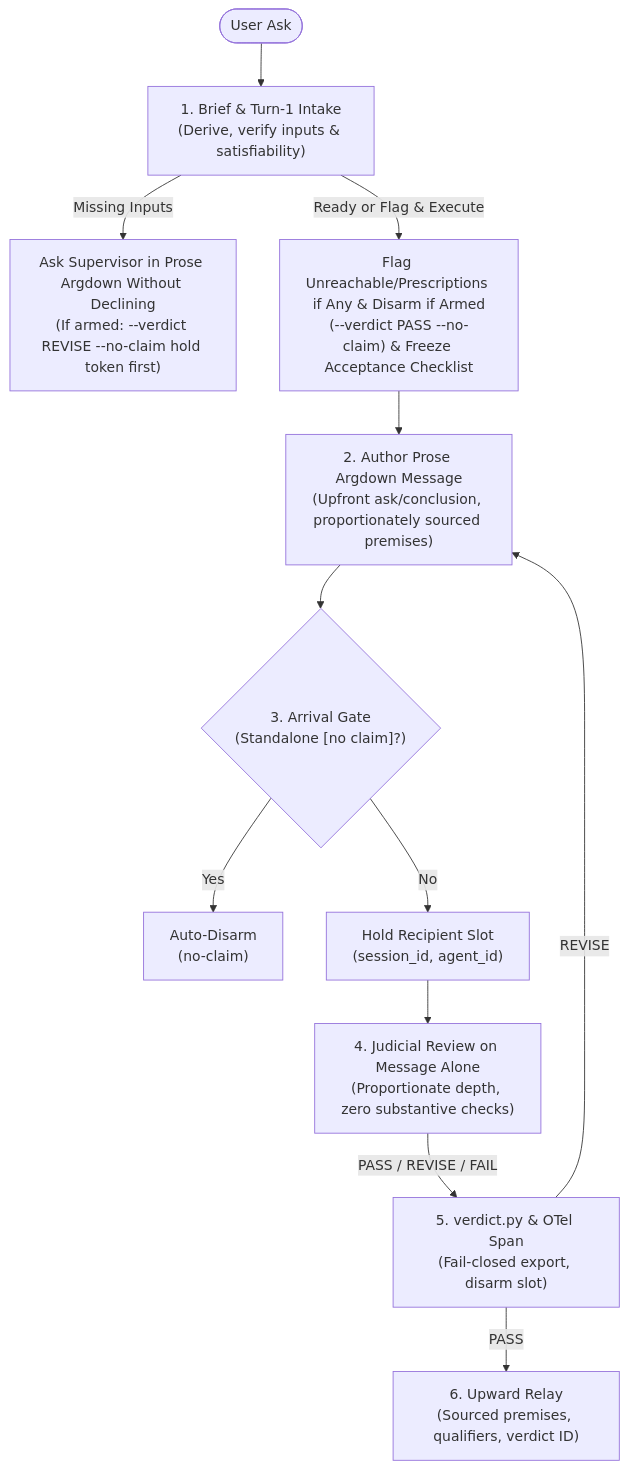
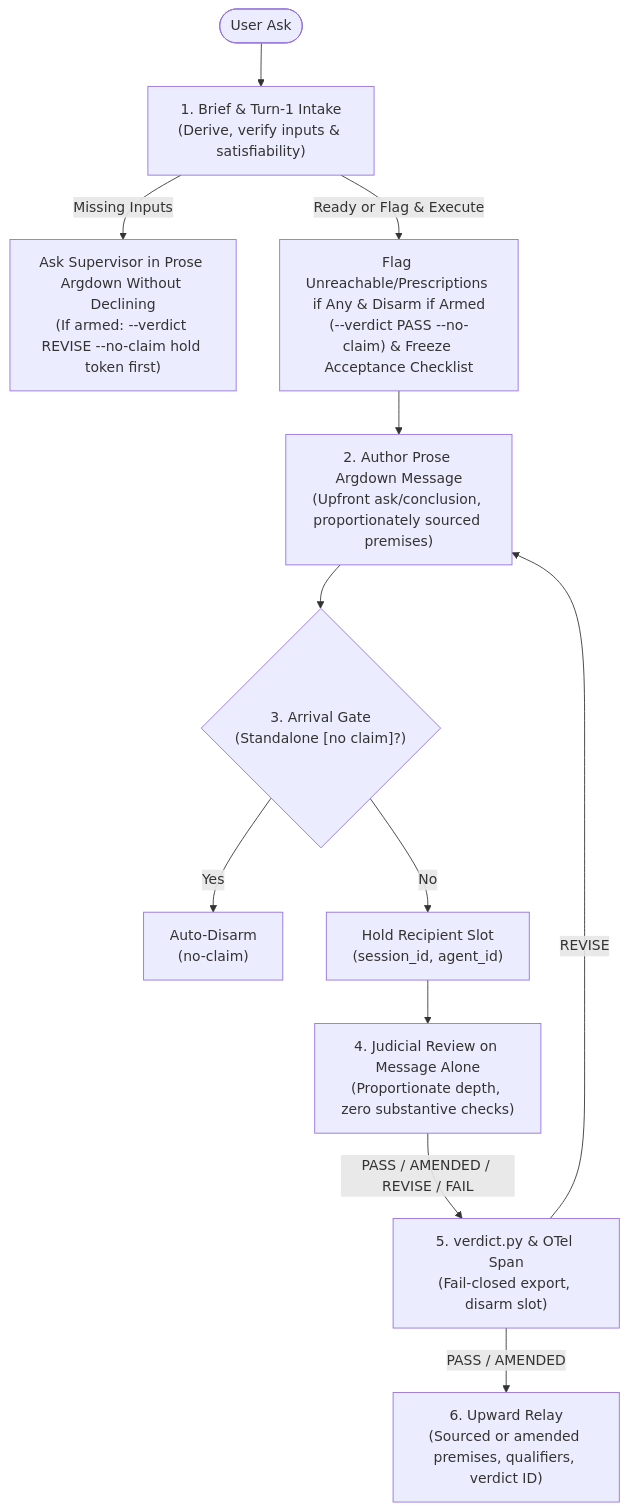
Before and after one commit to nicsuzor/academicOps: the diagram in specs/enforcement/evidence-contract.md, drawn with Mermaid. The commit also changed other lines of this file and 28 other files, not shown here.

First line of the commit message:
feat(premise-check,review): add AMENDED verifier status and review fix-in-place rule

````diff
--- a/specs/enforcement/evidence-contract.md
+++ b/specs/enforcement/evidence-contract.md
@@ -86,14 +86,14 @@
 ```mermaid
 flowchart TD
     Ask(["User Ask"]) --> Brief["1. Brief & Turn-1 Intake<br/>(Derive, verify inputs & satisfiability)"]
     Brief -->|Missing Inputs| BriefClarify["Ask Supervisor in Prose Argdown Without Declining<br/>(If armed: --verdict REVISE --no-claim hold token first)"]
     Brief -->|Ready or Flag & Execute| BriefClear["Flag Unreachable/Prescriptions if Any & Disarm if Armed<br/>(--verdict PASS --no-claim) & Freeze Acceptance Checklist"]
     BriefClear --> Author["2. Author Prose Argdown Message<br/>(Upfront ask/conclusion, proportionately sourced premises)"]
     Author --> Gate{"3. Arrival Gate<br/>(Standalone [no claim]?)"}
     Gate -->|Yes| AutoClear["Auto-Disarm<br/>(no-claim)"]
     Gate -->|No| Hold["Hold Recipient Slot<br/>(session_id, agent_id)"]
     Hold --> Review["4. Judicial Review on Message Alone<br/>(Proportionate depth, zero substantive checks)"]
-    Review -->|PASS / REVISE / FAIL| Record["5. verdict.py & OTel Span<br/>(Fail-closed export, disarm slot)"]
+    Review -->|PASS / AMENDED / REVISE / FAIL| Record["5. verdict.py & OTel Span<br/>(Fail-closed export, disarm slot)"]
     Record -->|REVISE| Author
-    Record -->|PASS| Relay["6. Upward Relay<br/>(Sourced premises, qualifiers, verdict ID)"]
+    Record -->|PASS / AMENDED| Relay["6. Upward Relay<br/>(Sourced or amended premises, qualifiers, verdict ID)"]
 ```
````
